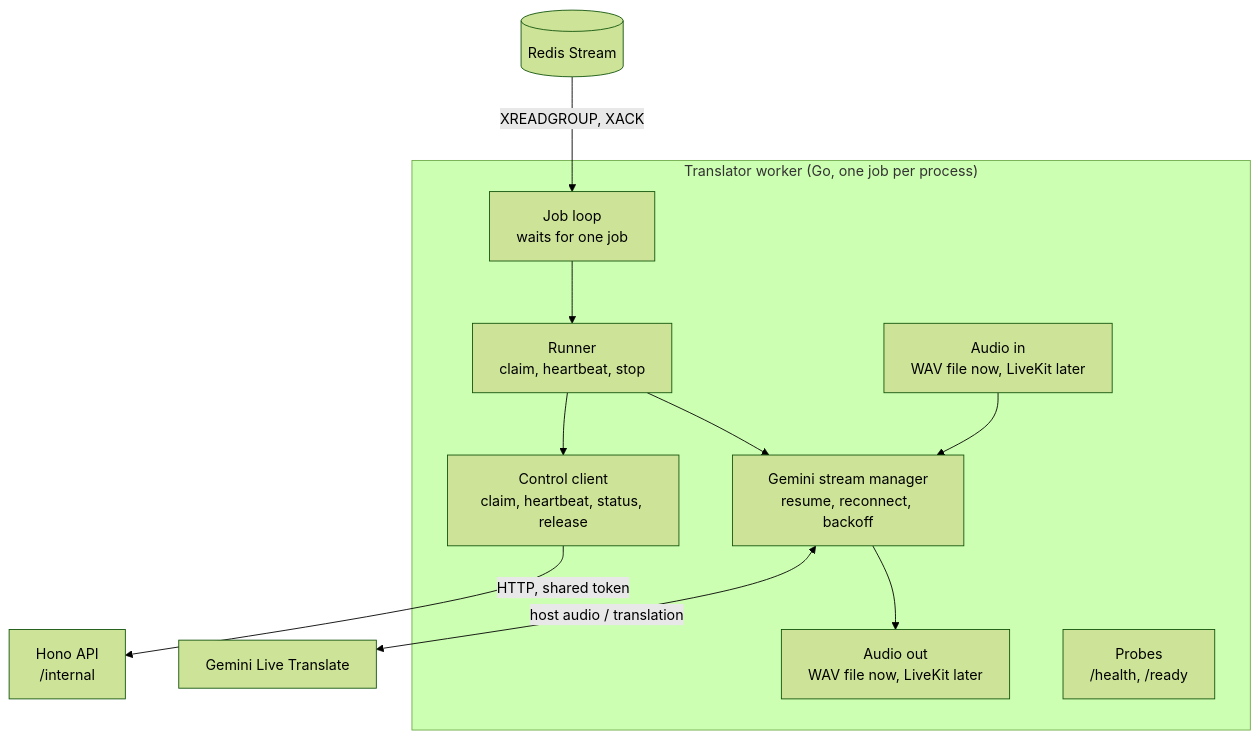
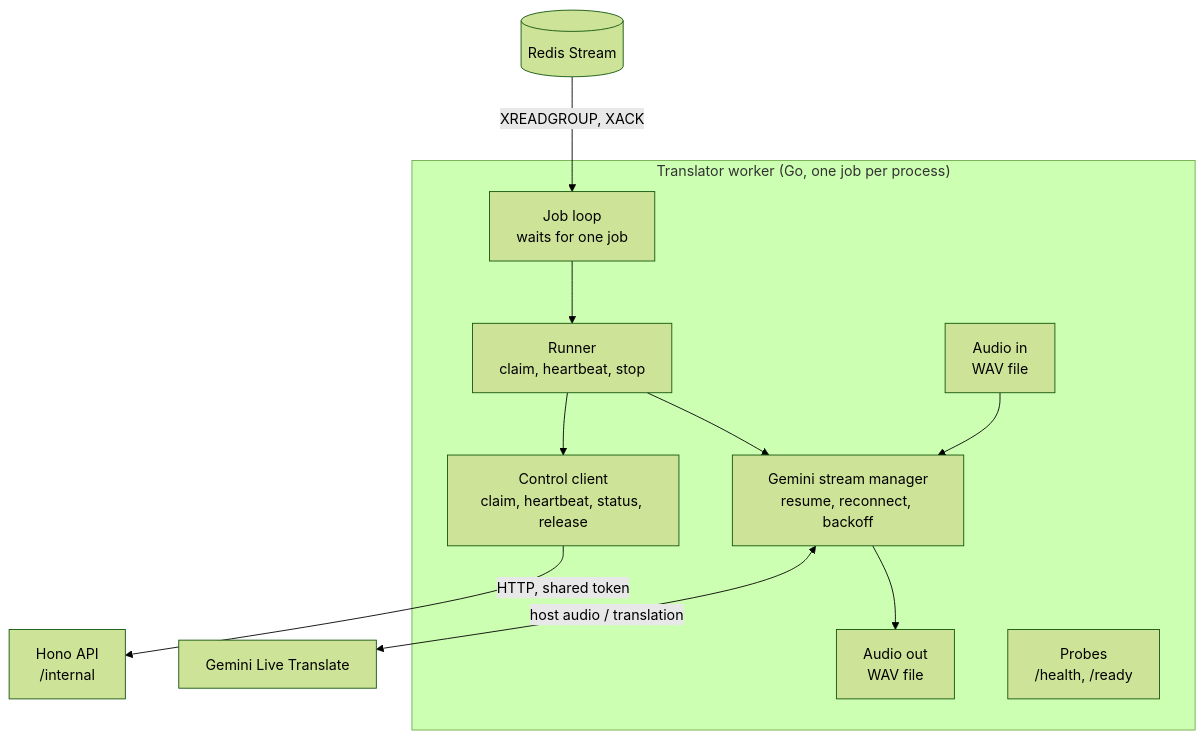
The sixth of 7 diagrams in docs/architecture-layers.md (WH1TE-SHAD0W/ai-dubbing-studio), drawn with Mermaid (forest theme) before and after one commit. The commit also changed other lines of this file and 9 other files, not shown here.

First line of the commit message:
docs: describe what is built, without LiveKit status

````diff
--- a/docs/architecture-layers.md
+++ b/docs/architecture-layers.md
@@ -249,26 +235,26 @@
 ```mermaid
 %%{init: {"flowchart": {"nodeSpacing": 60, "rankSpacing": 70}}}%%
 flowchart TB
   Q[("Redis Stream")]
   API["Hono API<br/>/internal"]
   G["Gemini Live Translate"]
 
   subgraph Worker["Translator worker (Go, one job per process)"]
     Loop["Job loop<br/>waits for one job"]
     Runner["Runner<br/>claim, heartbeat, stop"]
     Control["Control client<br/>claim, heartbeat, status, release"]
     Manager["Gemini stream manager<br/>resume, reconnect, backoff"]
-    Source["Audio in<br/>WAV file now, LiveKit later"]
-    Sink["Audio out<br/>WAV file now, LiveKit later"]
+    Source["Audio in<br/>WAV file"]
+    Sink["Audio out<br/>WAV file"]
     Probes["Probes<br/>/health, /ready"]
   end
 
   Q -- "XREADGROUP, XACK" --> Loop
   Loop --> Runner
   Runner --> Control
   Control -- "HTTP, shared token" --> API
   Runner --> Manager
   Source --> Manager
   Manager <-- "host audio / translation" --> G
   Manager --> Sink
 ```
````
